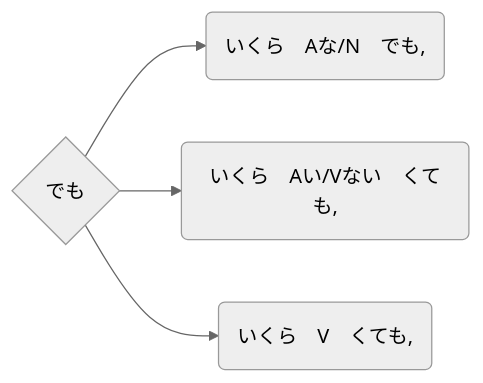
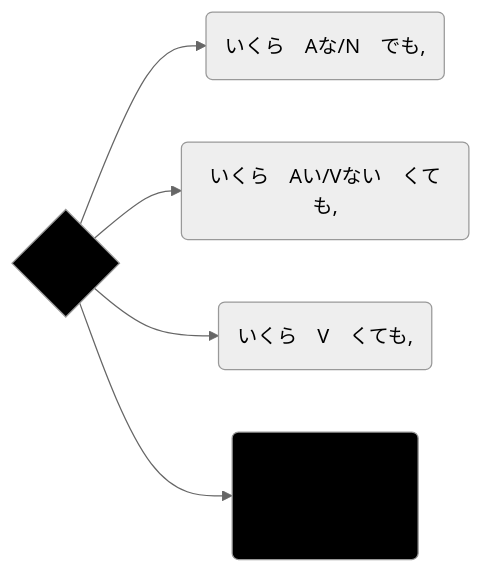
Before and after one commit to tea1504/learn: the diagram in TroTu/でも.md, drawn with Mermaid (neutral theme). The commit also changed 16 other files, not shown here.

````diff
--- a/TroTu/でも.md
+++ b/TroTu/でも.md
@@ -1,7 +1,12 @@
 ```mermaid
 graph LR;
-	demo{でも}
-	demo-->choDu1(いくら　Aな/N　でも,)
-	demo-->choDu2(いくら　Aい/Vない　くても,)
-	demo-->choDu3(いくら　V　くても,)
+	tt{でも}
+
+	tt-->choDu1(いくら　Aな/N　でも,)
+	tt-->choDu2(いくら　Aい/Vない　くても,)
+	tt-->choDu3(いくら　V　くても,)
+	tt-->changHanNhu(Chẳng hạn như\n***\n___は　Nでも___)
+
+	style tt fill:#000
+	style changHanNhu fill:#000
 ```
````
